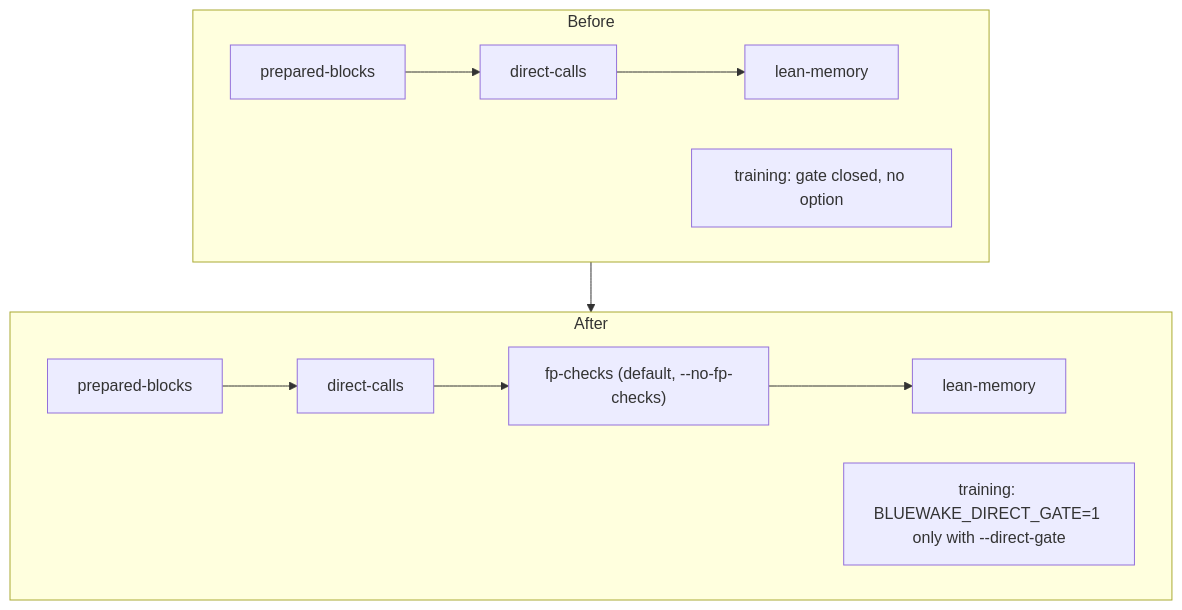
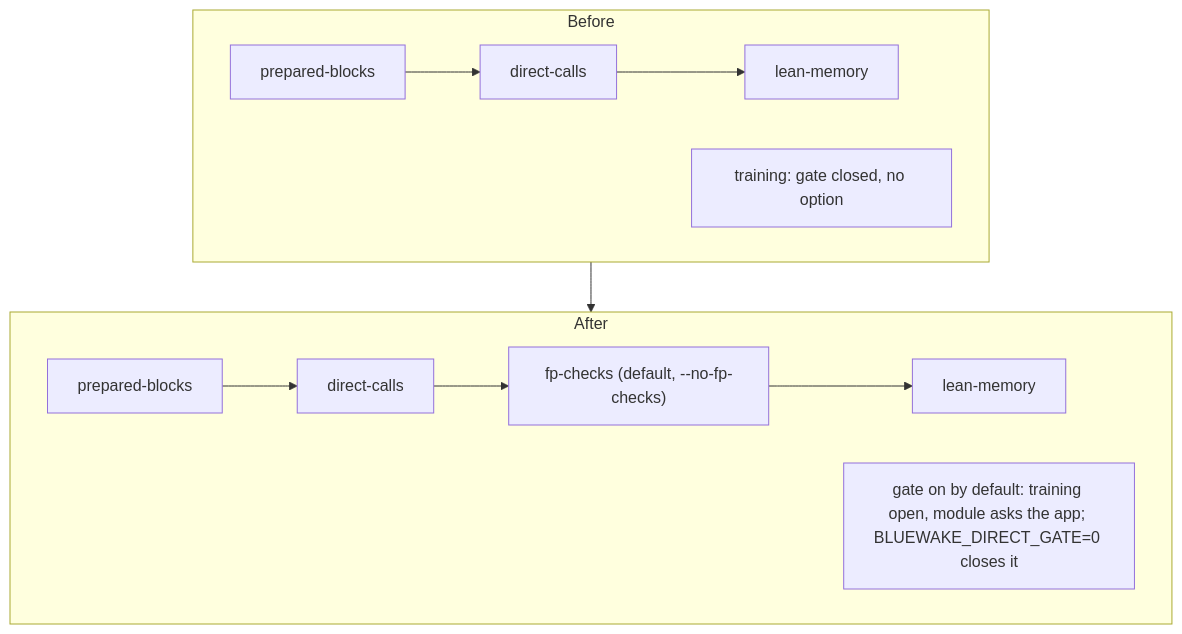
Before and after one commit to chrissotraidis/bluewake: the diagram in docs/planning/2026-11-04-windows_gate_fp/TECH_PLAN.md, drawn with Mermaid. The commit also changed other lines of this file and 4 other files, not shown here.

First line of the commit message:
windows: the direct-call gate on by default, as on Linux (#552)

````diff
--- a/docs/planning/2026-11-04-windows_gate_fp/TECH_PLAN.md
+++ b/docs/planning/2026-11-04-windows_gate_fp/TECH_PLAN.md
@@ -9,12 +9,12 @@
 ```mermaid
 flowchart TD
   subgraph Before
     A1[prepared-blocks] --> A2[direct-calls] --> A3[lean-memory]
     A4[training: gate closed, no option]
   end
   subgraph After
     B1[prepared-blocks] --> B2[direct-calls] --> B3["fp-checks (default, --no-fp-checks)"] --> B4[lean-memory]
-    B5["training: BLUEWAKE_DIRECT_GATE=1 only with --direct-gate"]
+    B5["gate on by default: training open, module asks the app; BLUEWAKE_DIRECT_GATE=0 closes it"]
   end
   Before --> After
 ```
````
